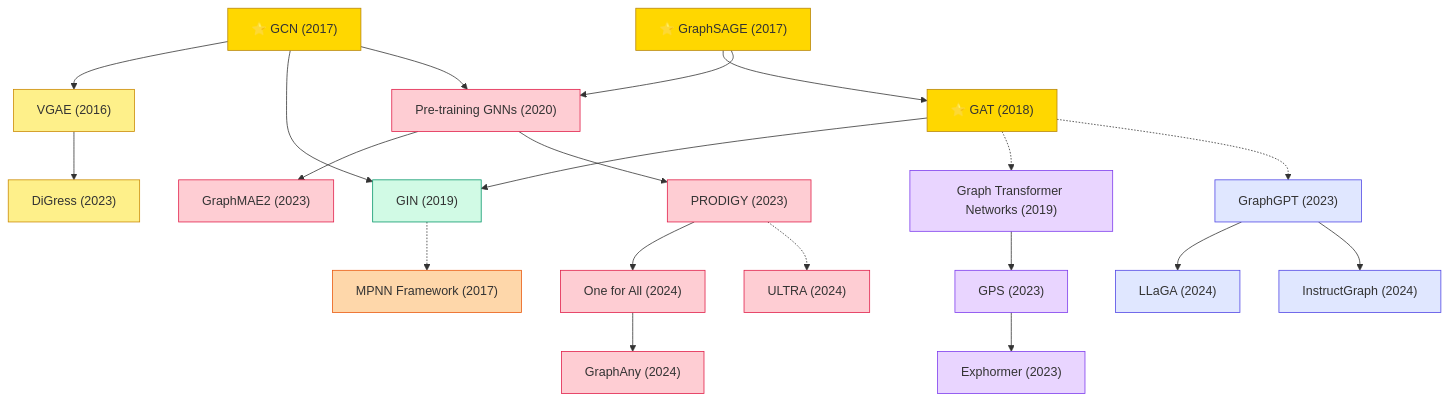
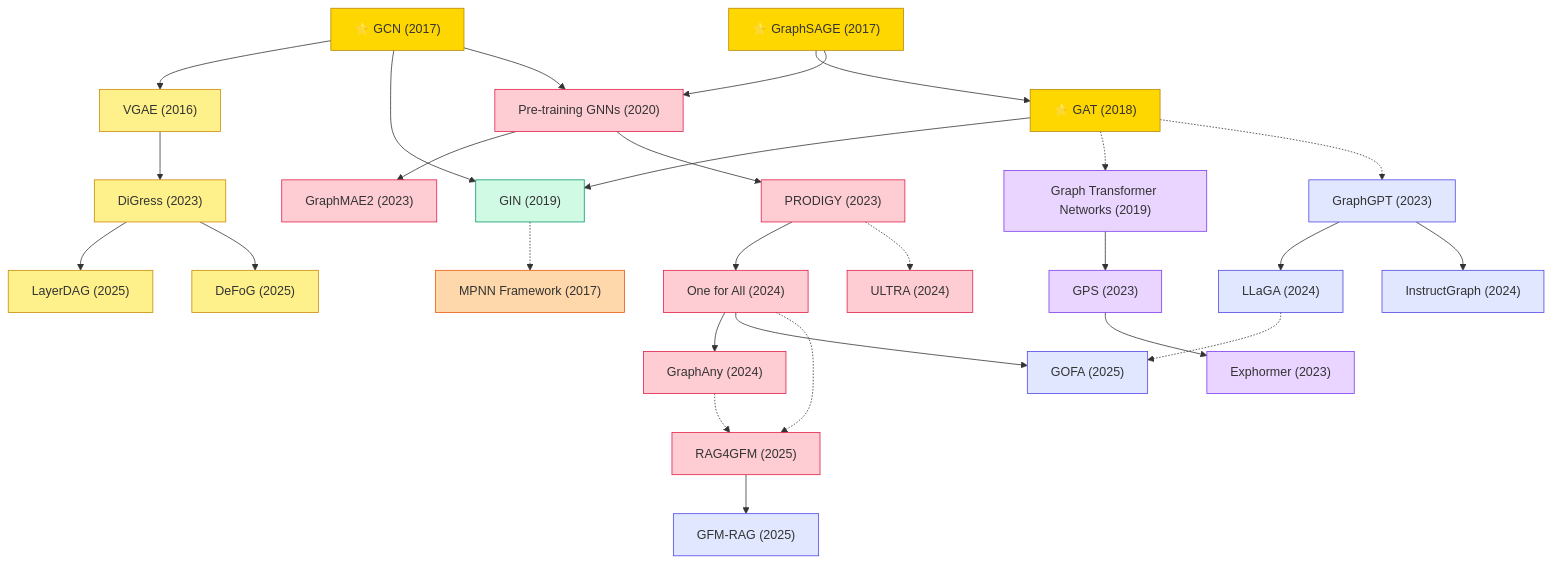
One commit to zerenzhou/Awesome-Machine-Learning-Papers changed the diagram in domains/graph/README.md. Above: the diagram before and after it, drawn with Mermaid. The commit also changed other lines of this file and 11 other files, not shown here.

````diff
--- a/domains/graph/README.md
+++ b/domains/graph/README.md
@@ -7,37 +7,45 @@
 ```mermaid
 graph TD
     classDef spectral fill:#DBEAFE,stroke:#2563EB
     classDef spatial fill:#D1FAE5,stroke:#059669
     classDef theory fill:#FED7AA,stroke:#EA580C
     classDef trans fill:#E9D5FF,stroke:#7C3AED
     classDef pretrain fill:#FECDD3,stroke:#E11D48
     classDef gen fill:#FEF08A,stroke:#CA8A04
     classDef llm fill:#E0E7FF,stroke:#4F46E5
     classDef star fill:#FFD700,stroke:#B8860B
 
     GCN["⭐ GCN (2017)"]:::star --> VGAE["VGAE (2016)"]:::gen
     GCN --> GIN["GIN (2019)"]:::spatial
     GCN --> PretrainGNN["Pre-training GNNs (2020)"]:::pretrain
 
     GraphSAGE["⭐ GraphSAGE (2017)"]:::star --> GAT["⭐ GAT (2018)"]:::star
     GAT --> GIN
     GAT -.-> GTN["Graph Transformer Networks (2019)"]:::trans
     GraphSAGE --> PretrainGNN
 
     GIN -.-> MPNN["MPNN Framework (2017)"]:::theory
 
     GTN --> GPS["GPS (2023)"]:::trans
     GPS --> Exphormer["Exphormer (2023)"]:::trans
 
     PretrainGNN --> GraphMAE2["GraphMAE2 (2023)"]:::pretrain
     PretrainGNN --> PRODIGY["PRODIGY (2023)"]:::pretrain
     PRODIGY --> OneForAll["One for All (2024)"]:::pretrain
     OneForAll --> GraphAny["GraphAny (2024)"]:::pretrain
     PRODIGY -.-> ULTRA["ULTRA (2024)"]:::pretrain
 
+    OneForAll --> GOFA["GOFA (2025)"]:::llm
+    OneForAll -.-> RAG4GFM["RAG4GFM (2025)"]:::pretrain
+    GraphAny -.-> RAG4GFM
+
     VGAE --> DiGress["DiGress (2023)"]:::gen
+    DiGress --> LayerDAG["LayerDAG (2025)"]:::gen
+    DiGress --> DeFoG["DeFoG (2025)"]:::gen
 
     GAT -.-> GraphGPT["GraphGPT (2023)"]:::llm
     GraphGPT --> LLaGA["LLaGA (2024)"]:::llm
     GraphGPT --> InstructGraph["InstructGraph (2024)"]:::llm
+    LLaGA -.-> GOFA
+    RAG4GFM --> GFMRAG["GFM-RAG (2025)"]:::llm
 ```
````
